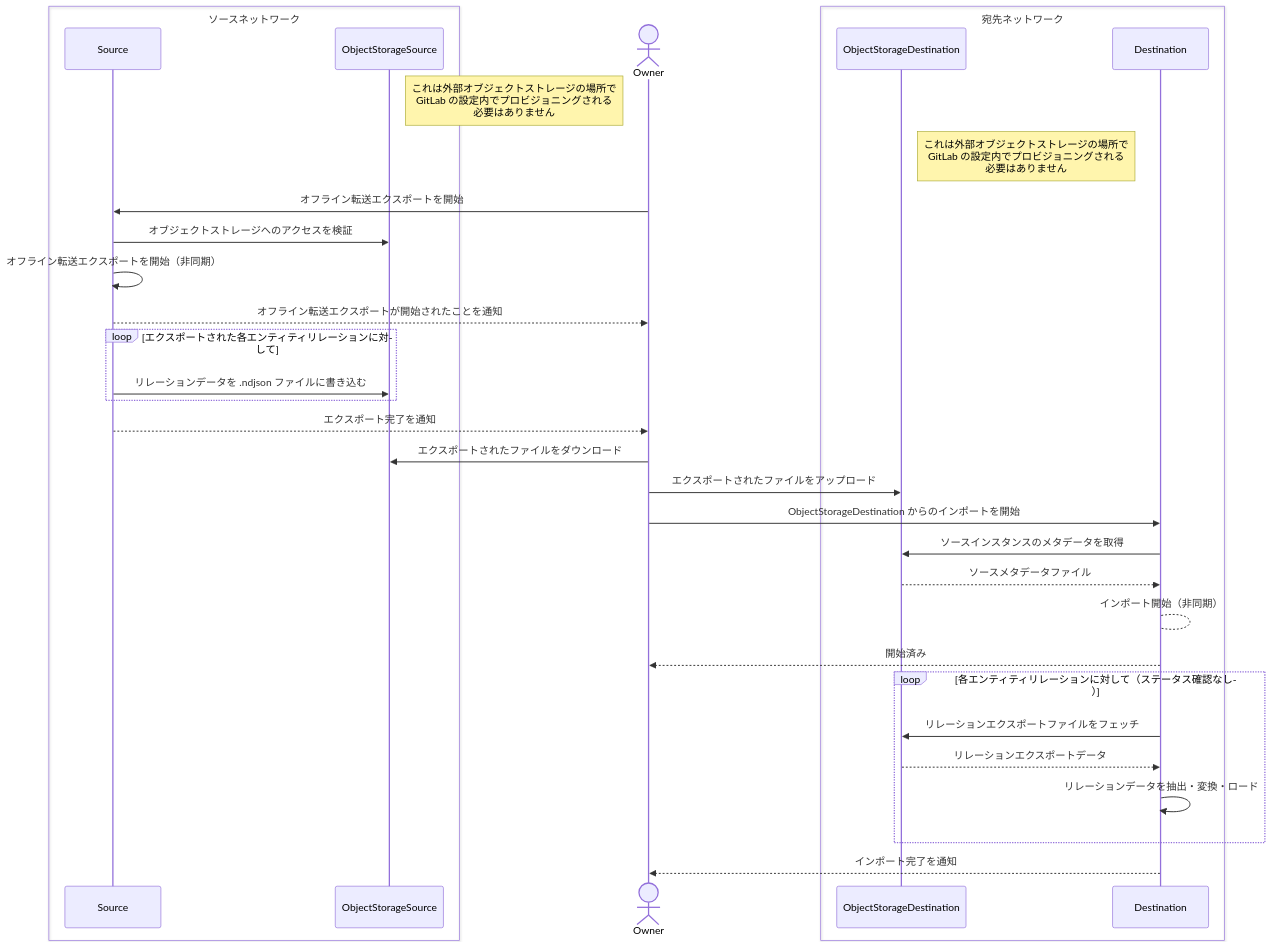
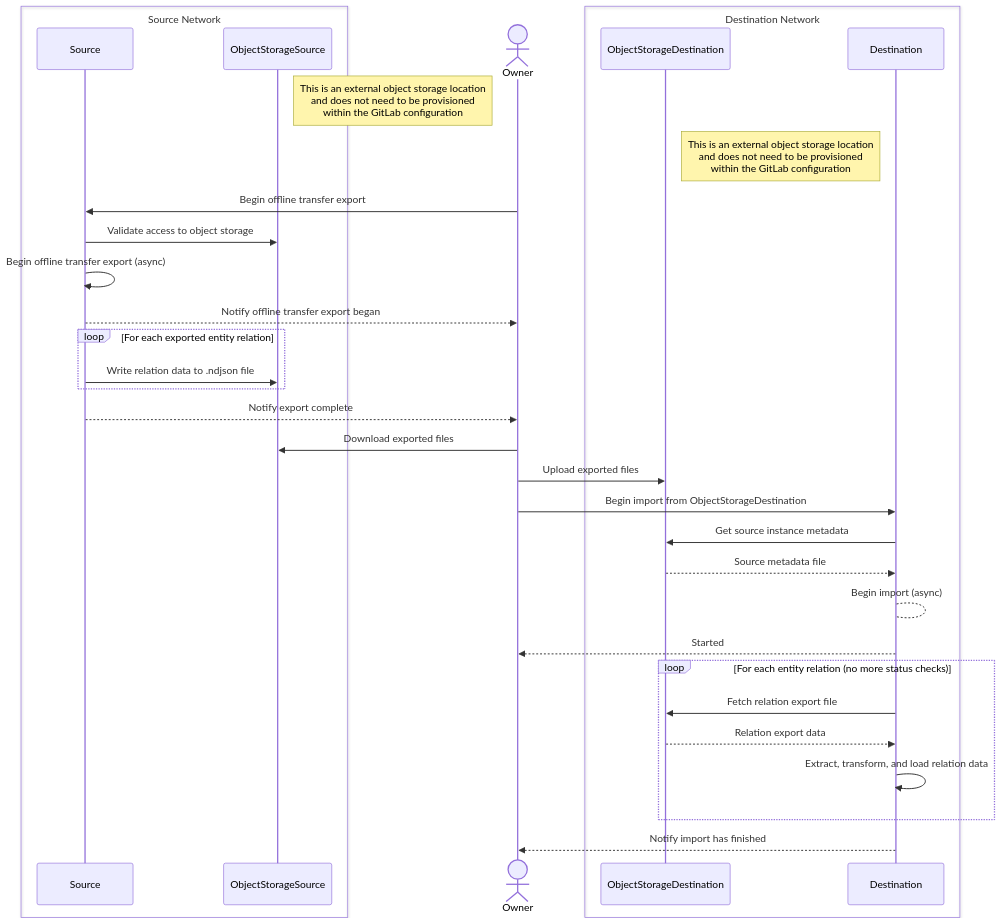
Before and after one commit to kyama0/gitlab-handbook-ja: the second of 4 diagrams in content/handbook/engineering/architecture/design-documents/offline_direct_transfer_migrations/_index.md, drawn with Mermaid. The commit also changed other lines of this file and 10 other files, not shown here.

Commit message:
translation: update 10 modified engineering data-engineering + architecture design-documents files

````diff
--- a/content/handbook/engineering/architecture/design-documents/offline_direct_transfer_migrations/_index.md
+++ b/content/handbook/engineering/architecture/design-documents/offline_direct_transfer_migrations/_index.md
@@ -169,38 +150,38 @@
 ```mermaid
 sequenceDiagram
-    box ソースネットワーク
+    box Source Network
       participant Source
       participant ObjectStorageSource
     end
     actor Owner
-    box 宛先ネットワーク
+    box Destination Network
       participant ObjectStorageDestination
       participant Destination
     end
-    Note right of ObjectStorageSource: これは外部オブジェクトストレージの場所で<br>GitLab の設定内でプロビジョニングされる<br>必要はありません
-    Note right of ObjectStorageDestination: これは外部オブジェクトストレージの場所で<br>GitLab の設定内でプロビジョニングされる<br>必要はありません
+    Note right of ObjectStorageSource: This is an external object storage location<br>and does not need to be provisioned<br>within the GitLab configuration
+    Note right of ObjectStorageDestination: This is an external object storage location<br>and does not need to be provisioned<br>within the GitLab configuration
 
-    Owner->>Source: オフライン転送エクスポートを開始
-    Source->>ObjectStorageSource: オブジェクトストレージへのアクセスを検証
-    Source->>Source: オフライン転送エクスポートを開始（非同期）
-    Source-->>Owner: オフライン転送エクスポートが開始されたことを通知
-    loop エクスポートされた各エンティティリレーションに対して
-        Source->>ObjectStorageSource: リレーションデータを .ndjson ファイルに書き込む
+    Owner->>Source: Begin offline transfer export
+    Source->>ObjectStorageSource: Validate access to object storage
+    Source->>Source: Begin offline transfer export (async)
+    Source-->>Owner: Notify offline transfer export began
+    loop For each exported entity relation
+        Source->>ObjectStorageSource: Write relation data to .ndjson file
     end
-    Source-->>Owner: エクスポート完了を通知
+    Source-->>Owner: Notify export complete
 
-    Owner->>ObjectStorageSource: エクスポートされたファイルをダウンロード
-    Owner->>ObjectStorageDestination: エクスポートされたファイルをアップロード
+    Owner->>ObjectStorageSource: Download exported files
+    Owner->>ObjectStorageDestination: Upload exported files
 
-    Owner->>Destination: ObjectStorageDestination からのインポートを開始
-    Destination->>ObjectStorageDestination: ソースインスタンスのメタデータを取得
-    ObjectStorageDestination-->>Destination: ソースメタデータファイル
-    Destination-->Destination: インポート開始（非同期）
-    Destination-->>Owner: 開始済み
-    loop 各エンティティリレーションに対して（ステータス確認なし）
-        Destination->>ObjectStorageDestination: リレーションエクスポートファイルをフェッチ
-        ObjectStorageDestination-->>Destination: リレーションエクスポートデータ
-        Destination->>Destination: リレーションデータを抽出・変換・ロード
+    Owner->>Destination: Begin import from ObjectStorageDestination
+    Destination->>ObjectStorageDestination: Get source instance metadata
+    ObjectStorageDestination-->>Destination: Source metadata file
+    Destination-->Destination: Begin import (async)
+    Destination-->>Owner: Started
+    loop For each entity relation (no more status checks)
+        Destination->>ObjectStorageDestination: Fetch relation export file
+        ObjectStorageDestination-->>Destination: Relation export data
+        Destination->>Destination: Extract, transform, and load relation data
     end
-    Destination-->>Owner: インポート完了を通知
+    Destination-->>Owner: Notify import has finished
 ```
````
